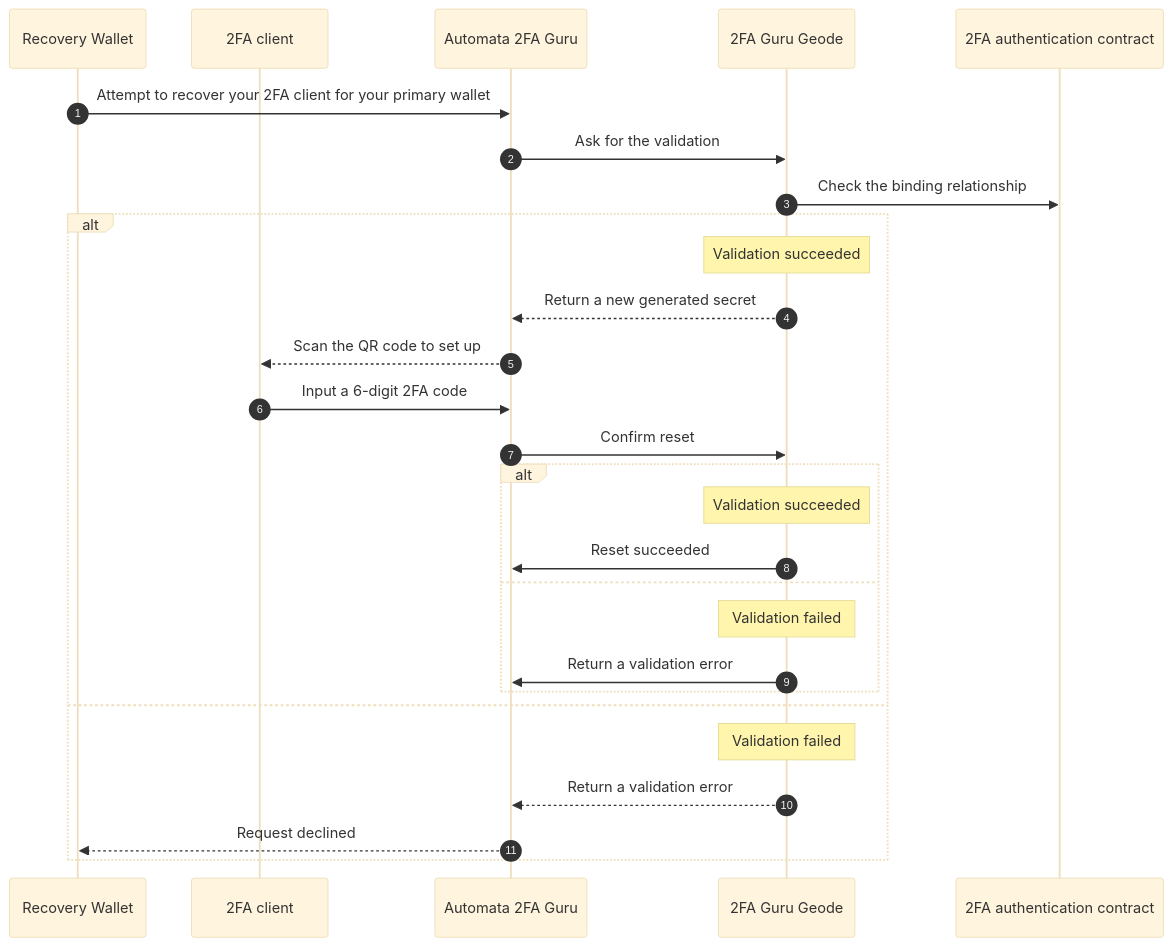
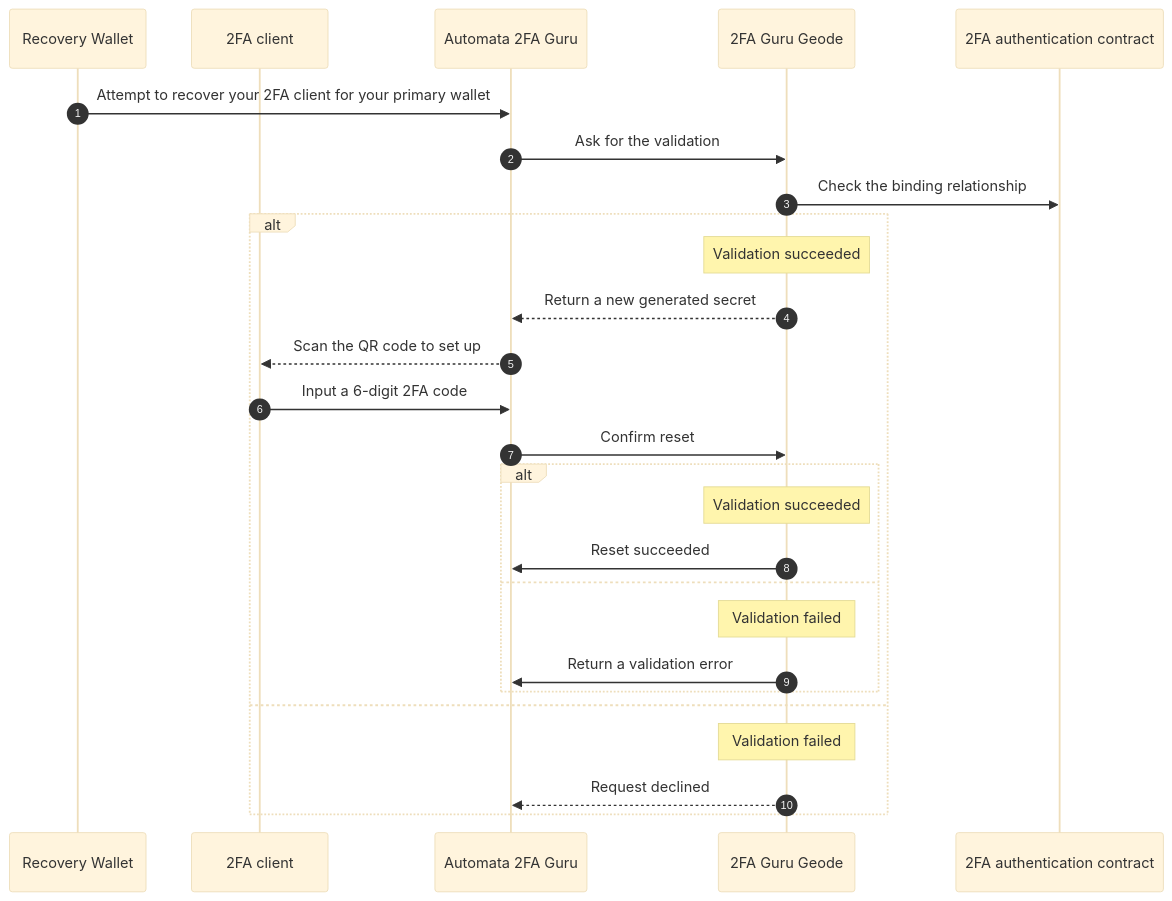
Before and after one commit to automata-network/docs: the second of 2 diagrams in docs/2fa/developers/workflow.md, drawn with Mermaid (base theme).

````diff
--- a/docs/2fa/developers/workflow.md
+++ b/docs/2fa/developers/workflow.md
@@ -36,31 +36,30 @@
 ``` mermaid
 sequenceDiagram
   autonumber
     participant RW as Recovery Wallet
     participant Client as 2FA client
     participant DApp as Automata 2FA Guru
     participant Geode as 2FA Guru Geode
     participant Contract as 2FA authentication contract
   
   RW->>DApp: Attempt to recover your 2FA client for your primary wallet
   DApp->>Geode: Ask for the validation
   Geode->>Contract: Check the binding relationship
   alt
     note over Geode: Validation succeeded
     Geode-->>DApp: Return a new generated secret
     DApp-->>Client: Scan the QR code to set up
     Client->>DApp: Input a 6-digit 2FA code
     DApp->>Geode: Confirm reset
     alt
       note over Geode: Validation succeeded
       Geode->>DApp: Reset succeeded
     else
       note over Geode: Validation failed
       Geode->>DApp: Return a validation error
     end
   else
     note over Geode: Validation failed
-    Geode-->>DApp: Return a validation error
-    DApp-->>RW: Request declined
+    Geode-->>DApp: Request declined
   end
 ```
````
